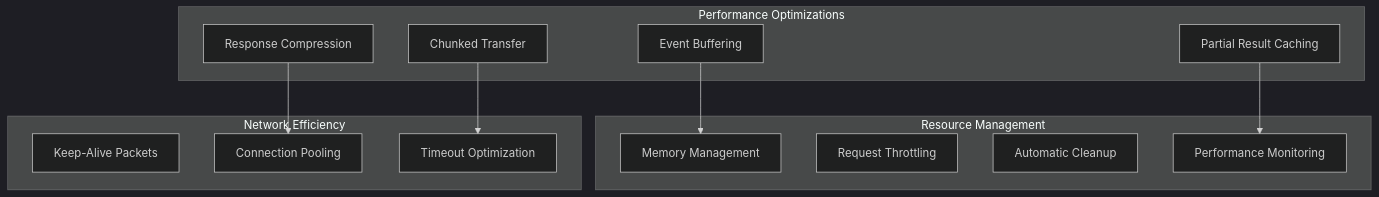
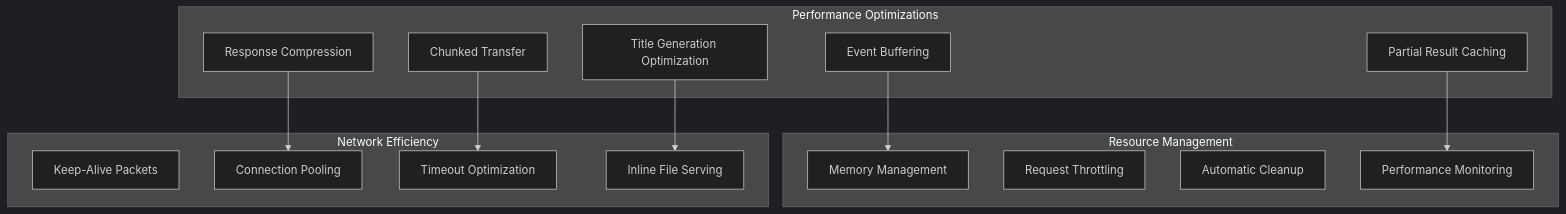
Before and after one commit to emanuelplopu/MongoDB-RAG-Agent: the ninth of 11 diagrams in .qoder/repowiki/en/content/Core Features/Streaming Reliability Enhancements.md, drawn with Mermaid (dark theme). The commit also changed other lines of this file and 5 other files, not shown here.

````diff
--- a/.qoder/repowiki/en/content/Core Features/Streaming Reliability Enhancements.md
+++ b/.qoder/repowiki/en/content/Core Features/Streaming Reliability Enhancements.md
@@ -301,24 +417,27 @@
 ```mermaid
 graph TB
 subgraph "Performance Optimizations"
 Buffering[Event Buffering]
 Compression[Response Compression]
 Chunking[Chunked Transfer]
 Caching[Partial Result Caching]
+TitleOptimization[Title Generation Optimization]
 end
 subgraph "Resource Management"
 Memory[Memory Management]
 Throttling[Request Throttling]
 Cleanup[Automatic Cleanup]
 Monitoring[Performance Monitoring]
 end
 subgraph "Network Efficiency"
 KeepAlive[Keep-Alive Packets]
 ConnectionPooling[Connection Pooling]
 TimeoutOptimization[Timeout Optimization]
+InlineServing[Inline File Serving]
 end
 Buffering --> Memory
 Compression --> ConnectionPooling
 Chunking --> TimeoutOptimization
 Caching --> Monitoring
+TitleOptimization --> InlineServing
 ```
````
